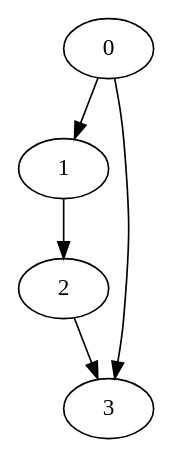
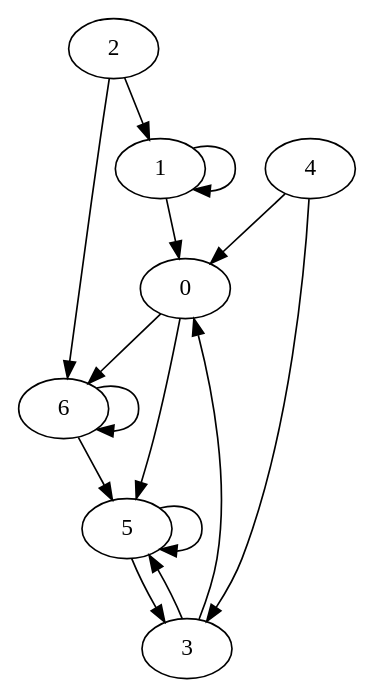
The diagram in src/g-gra.dot (gnodvi/optima), drawn with Graphviz before and after one commit. The commit also changed 38 other files, not shown here.

```diff
--- a/src/g-gra.dot
+++ b/src/g-gra.dot
@@ -1,7 +1,17 @@
 
 digraph abstract { 
-   0 ->  1 
-   0 ->  3 
-   1 ->  2 
-   2 ->  3 
+   0 ->  5 
+   0 ->  6 
+   1 ->  0 
+   1 ->  1 
+   2 ->  1 
+   2 ->  6 
+   3 ->  0 
+   3 ->  5 
+   4 ->  0 
+   4 ->  3 
+   5 ->  3 
+   5 ->  5 
+   6 ->  5 
+   6 ->  6 
  } 
```
